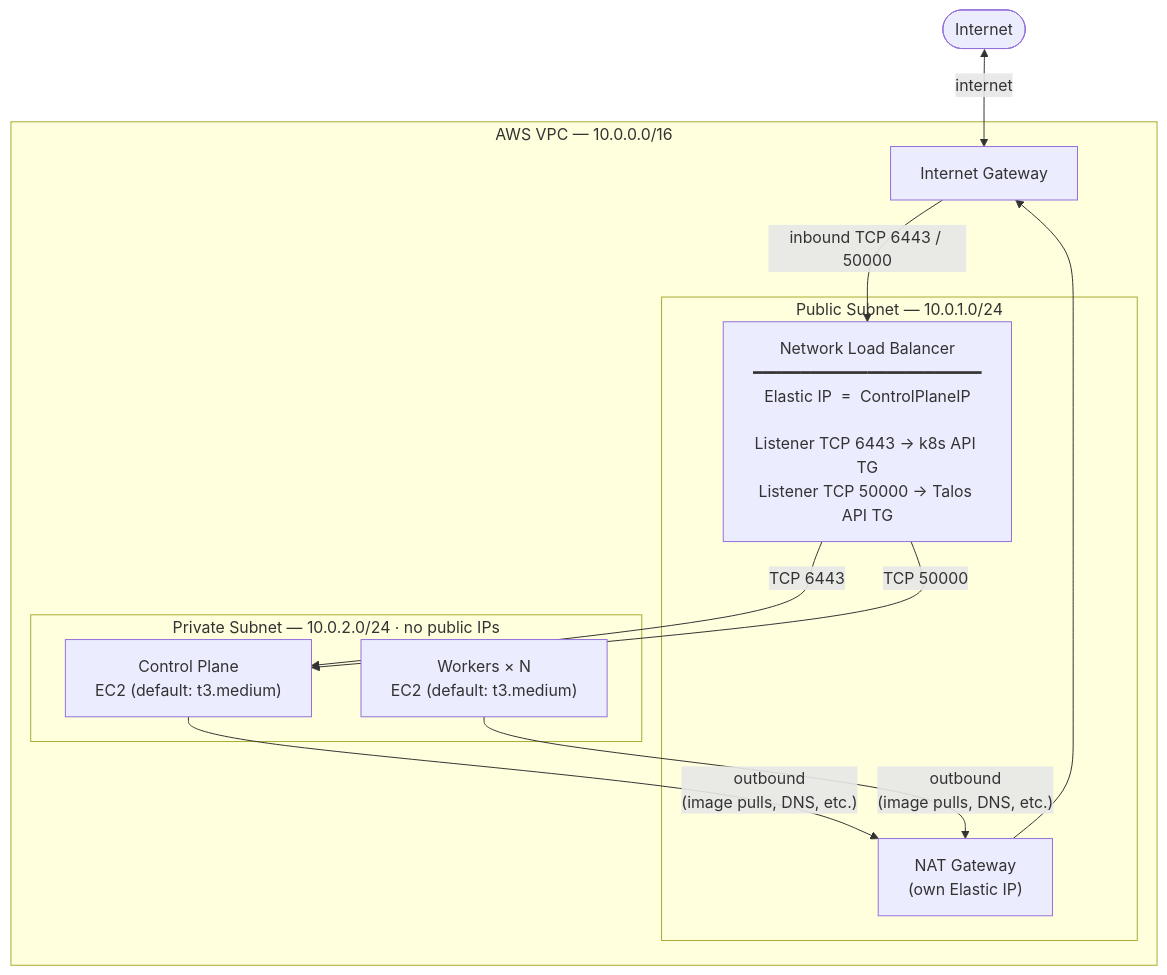
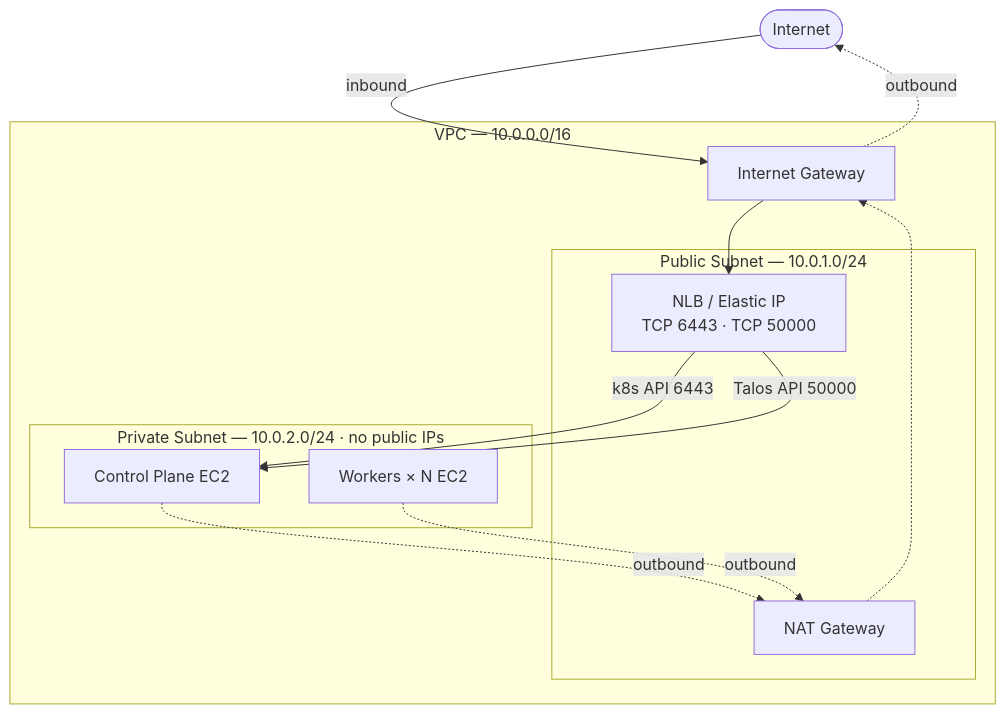
The first of 4 diagrams in docs/architecture.md (k8soneill/k8s-mcp), drawn with Mermaid before and after one commit. The commit also changed other lines of this file, not shown here.

Commit message:
Updated mermaid diagram

````diff
--- a/docs/architecture.md
+++ b/docs/architecture.md
@@ -7,25 +7,27 @@
 ```mermaid
 flowchart TB
     Internet(["Internet"])
 
-    subgraph vpc["AWS VPC — 10.0.0.0/16"]
-        IGW["Internet Gateway"]
+    subgraph VPC["VPC — 10.0.0.0/16"]
+        IGW[Internet Gateway]
 
-        subgraph pub["Public Subnet — 10.0.1.0/24"]
-            NLB["Network Load Balancer\n━━━━━━━━━━━━━━━━━━━━━━━━\nElastic IP  =  ControlPlaneIP\n\nListener TCP 6443 → k8s API TG\nListener TCP 50000 → Talos API TG"]
-            NAT["NAT Gateway\n(own Elastic IP)"]
+        subgraph Public["Public Subnet — 10.0.1.0/24"]
+            NLB["NLB / Elastic IP<br/>TCP 6443 · TCP 50000"]
+            NAT[NAT Gateway]
         end
 
-        subgraph priv["Private Subnet — 10.0.2.0/24  ·  no public IPs"]
-            CP["Control Plane\nEC2 (default: t3.medium)"]
-            W["Workers × N\nEC2 (default: t3.medium)"]
+        subgraph Private["Private Subnet — 10.0.2.0/24 · no public IPs"]
+            CP[Control Plane EC2]
+            W["Workers × N EC2"]
         end
     end
 
-    Internet <-->|"internet"| IGW
-    IGW -->|"inbound TCP 6443 / 50000"| NLB
-    NLB -->|"TCP 6443"| CP
-    NLB -->|"TCP 50000"| CP
-    CP & W -->|"outbound\n(image pulls, DNS, etc.)"| NAT
-    NAT --> IGW
+    Internet -->|inbound| IGW
+    IGW --> NLB
+    NLB -->|k8s API 6443| CP
+    NLB -->|Talos API 50000| CP
+    CP -.->|outbound| NAT
+    W -.->|outbound| NAT
+    NAT -.-> IGW
+    IGW -.->|outbound| Internet
 ```
````
